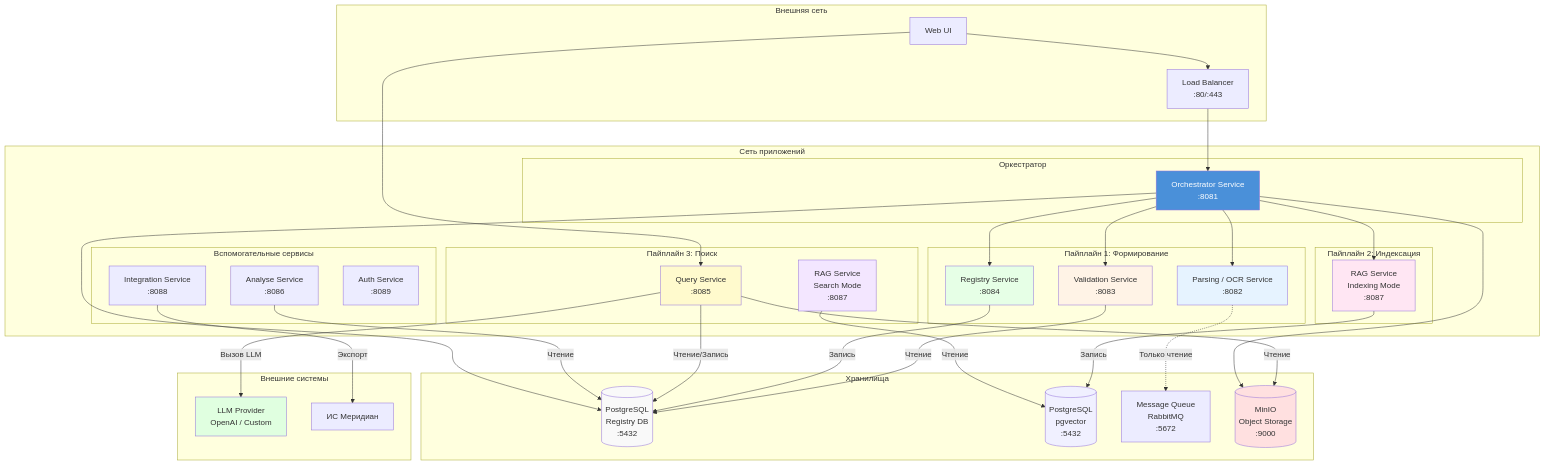
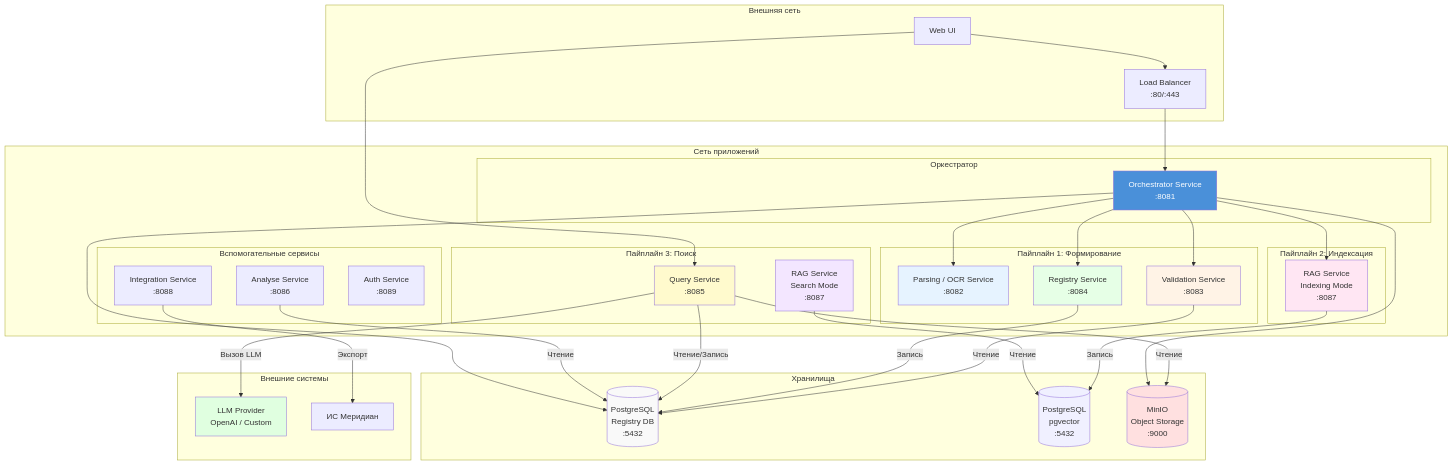
One commit to MasterKSAF/PKB changed the tenth of 10 diagrams in docs/pipelines/overview.md. Above: the diagram before and after it, drawn with Mermaid. The commit also changed other lines of this file, not shown here.

```diff
--- a/docs/pipelines/overview.md
+++ b/docs/pipelines/overview.md
@@ -600,8 +598,6 @@
 Registry DB<br/>:5432)]
         VEC[(PostgreSQL
 pgvector<br/>:5432)]
-        MQ[Message Queue
-RabbitMQ<br/>:5672]
         MinIO[(MinIO
 Object Storage<br/>:9000)]
     end
@@ -622,7 +618,6 @@
     Orch --> Reg
     Orch --> RAGi
 
-    P -.->|Только чтение| MQ
     V -->|Чтение| PG
     Reg -->|Запись| PG
     RAGi -->|Запись| VEC
```
